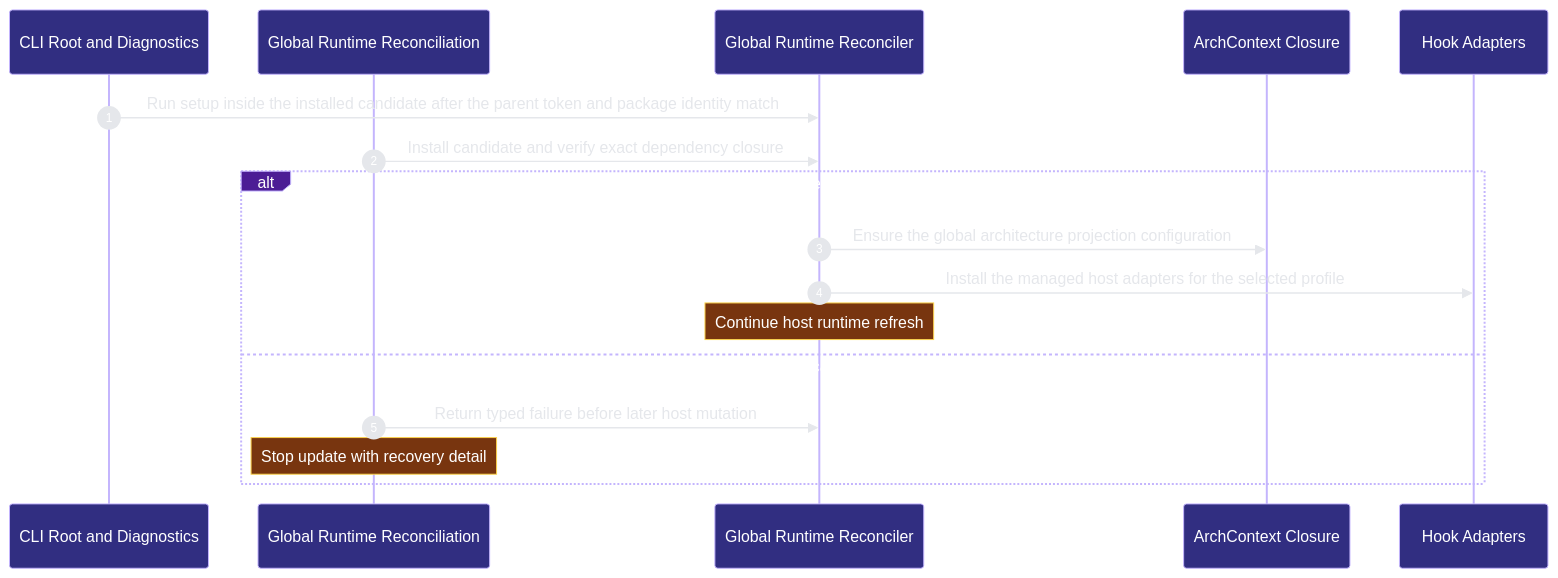
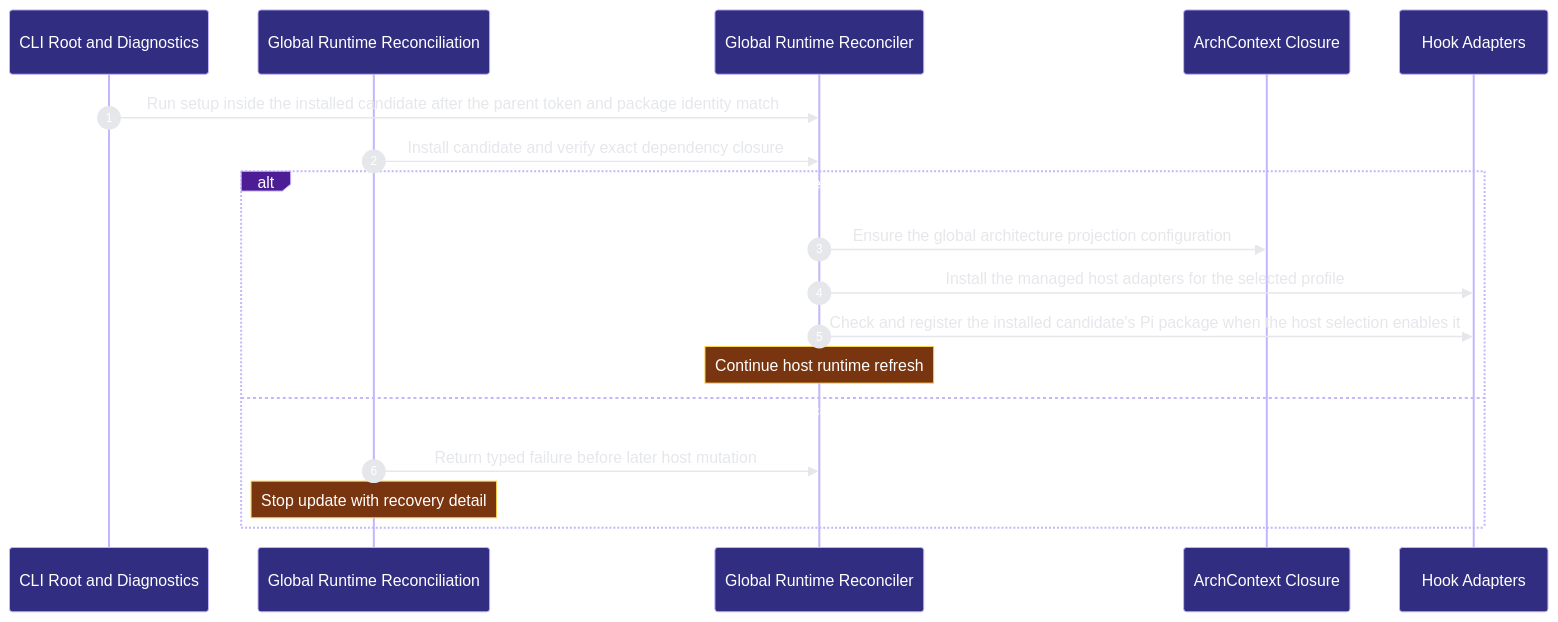
The second of 2 diagrams in docs/architecture/modules/runtime-harness/global-runtime-reconciliation.md (Ancienttwo/repo-harness), drawn with Mermaid before and after one commit. The commit also changed other lines of this file and 32 other files, not shown here.

First line of the commit message:
chore(projection): refresh generated architecture outputs for main@4c37d26d25c7

````diff
--- a/docs/architecture/modules/runtime-harness/global-runtime-reconciliation.md
+++ b/docs/architecture/modules/runtime-harness/global-runtime-reconciliation.md
@@ -139,20 +182,21 @@
 ```mermaid
 %%{init: {"theme":"base","themeVariables":{"background":"#0d1117","actorBkg":"#312e81","actorBorder":"#c4b5fd","actorTextColor":"#ffffff","signalColor":"#e5e7eb","signalTextColor":"#e5e7eb","labelBoxBkgColor":"#4c1d95","labelBoxBorderColor":"#c4b5fd","labelTextColor":"#ffffff","noteBkgColor":"#78350f","noteBorderColor":"#fcd34d","noteTextColor":"#ffffff","sequenceNumberColor":"#ffffff"}}}%%
 sequenceDiagram
   autonumber
   participant p2_cli_root_24d546ae as CLI Root and Diagnostics
   participant p2_update_command_da52852b as Global Runtime Reconciliation
   participant p2_reconciler_93a3ce0f as Global Runtime Reconciler
   participant p2_archctx_closure_c0374f9d as ArchContext Closure
   participant p2_hook_adapters_e2a7f63a as Hook Adapters
   p2_cli_root_24d546ae->>p2_reconciler_93a3ce0f: Run setup inside the installed candidate after the parent token and package identity match
   p2_update_command_da52852b->>p2_reconciler_93a3ce0f: Install candidate and verify exact dependency closure
   alt Mandatory closure and selected profile tooling are ready
   p2_reconciler_93a3ce0f->>p2_archctx_closure_c0374f9d: Ensure the global architecture projection configuration
   p2_reconciler_93a3ce0f->>p2_hook_adapters_e2a7f63a: Install the managed host adapters for the selected profile
+  p2_reconciler_93a3ce0f->>p2_hook_adapters_e2a7f63a: Check and register the installed candidate's Pi package when the host selection enables it
     Note over p2_reconciler_93a3ce0f: Continue host runtime refresh
   else Package or Node or capability or tooling readback failed
   p2_update_command_da52852b->>p2_reconciler_93a3ce0f: Return typed failure before later host mutation
     Note over p2_update_command_da52852b: Stop update with recovery detail
   end
 ```
````
